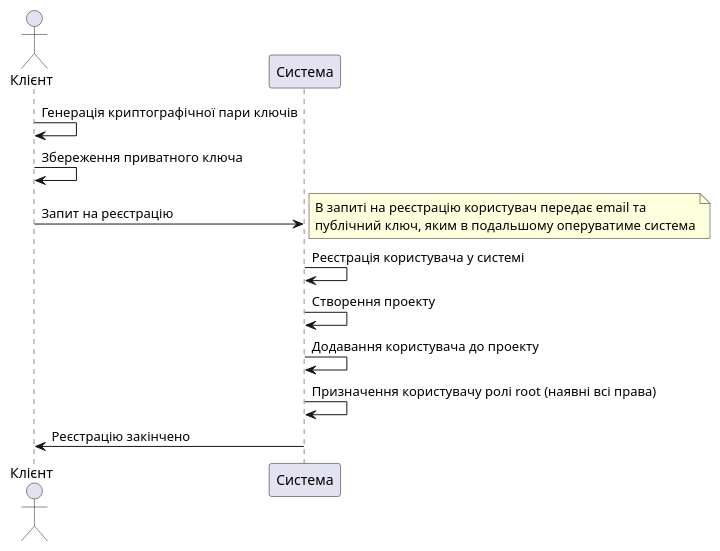
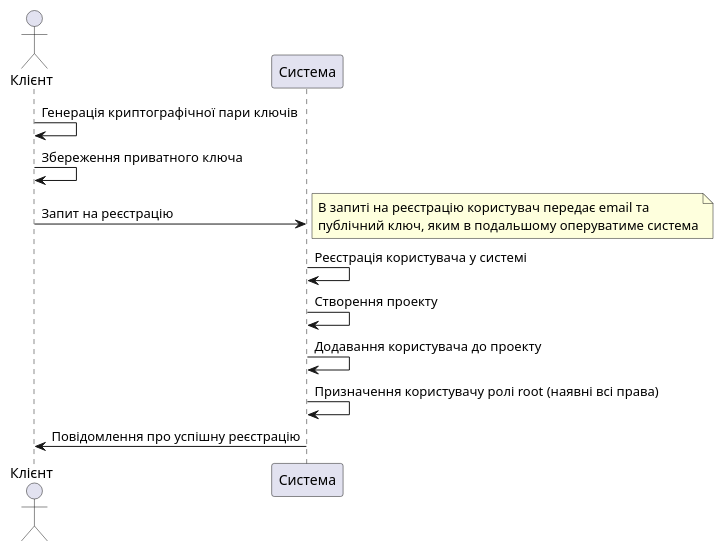
One commit to Danil-Kolmahin/master-diploma changed the diagram in docs/registration.pu. Above: the diagram before and after it, drawn with PlantUML. The commit also changed 1 other file, not shown here.

```diff
--- a/docs/registration.pu
+++ b/docs/registration.pu
@@ -1,17 +1,17 @@
 @startuml registration
 actor Клієнт as Client
 participant Система as System
 
 Client -> Client : Генерація криптографічної пари ключів
 Client -> Client : Збереження приватного ключа
 Client -> System : Запит на реєстрацію
 note right
   В запиті на реєстрацію користувач передає email та
   публічний ключ, яким в подальшому оперуватиме система
 end note
 System -> System : Реєстрація користувача у системі
 System -> System : Створення проекту
 System -> System : Додавання користувача до проекту
 System -> System : Призначення користувачу ролі root (наявні всі права)
-System -> Client : Реєстрацію закінчено
+System -> Client : Повідомлення про успішну реєстрацію
 @enduml
```
